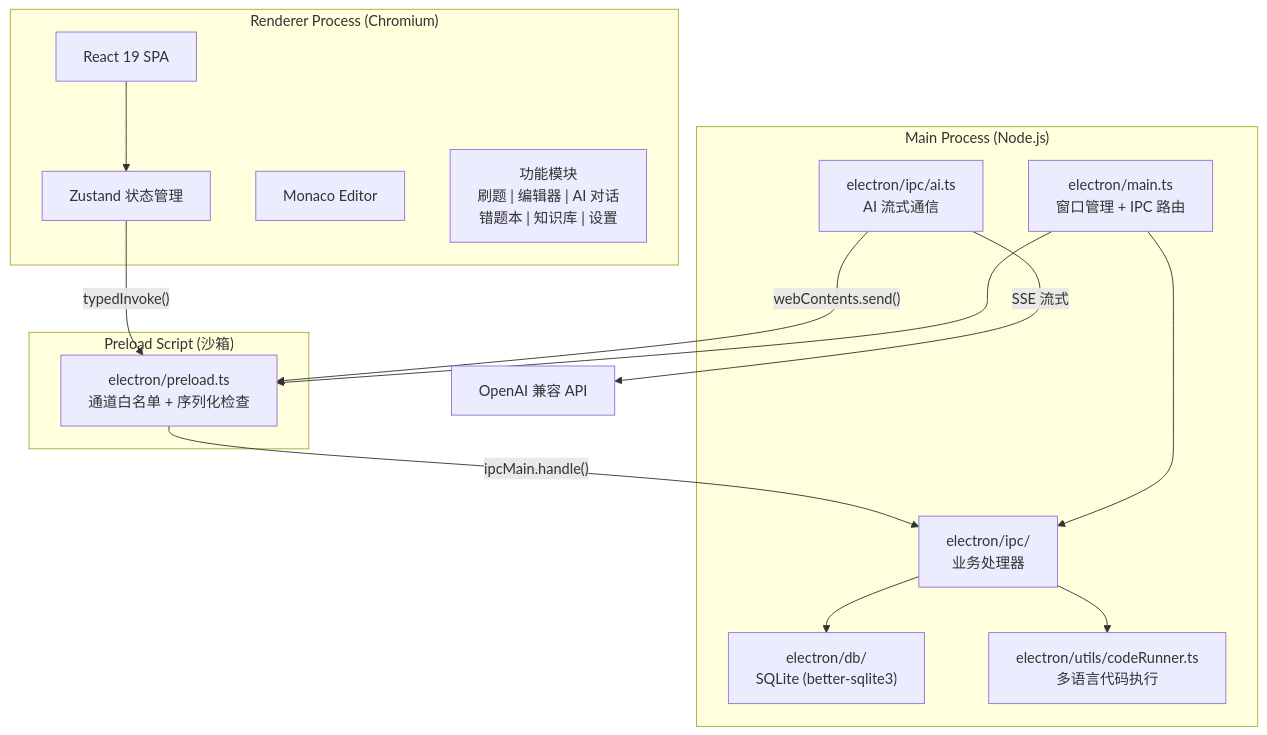
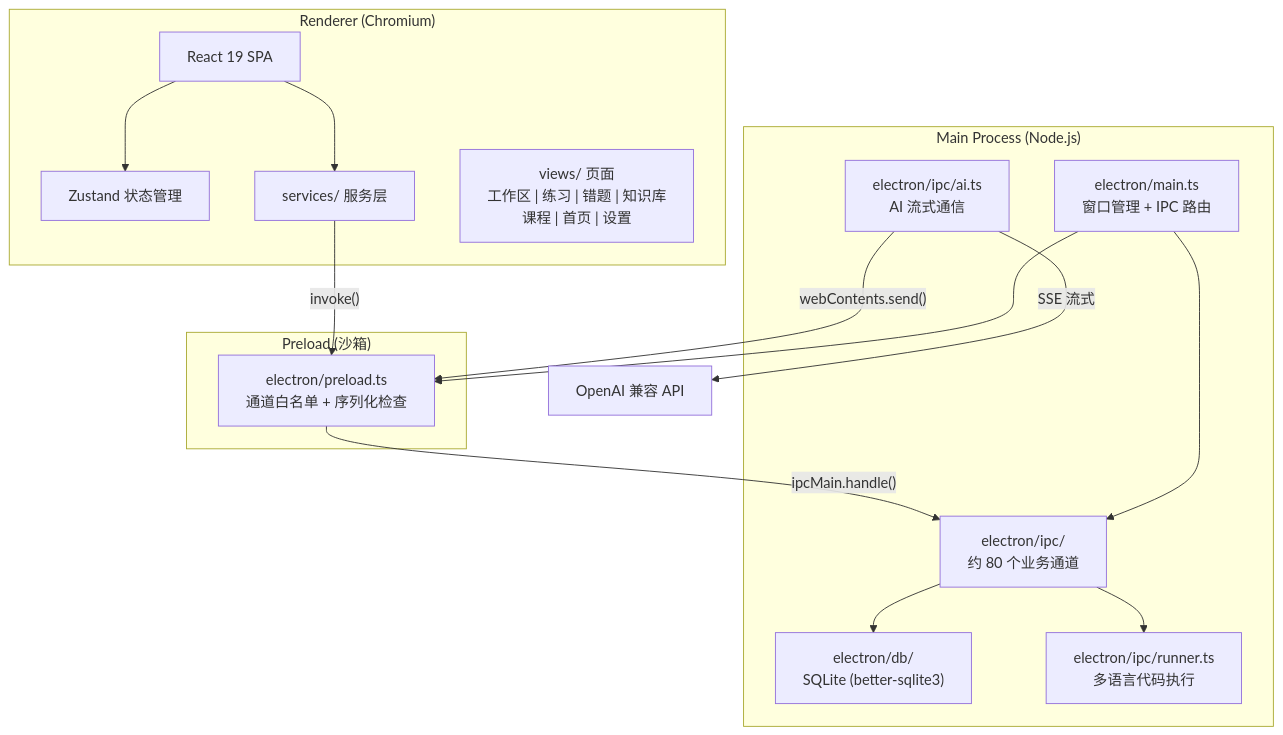
One commit to TIANWEN-cpu/CodeHelper-Studio changed the diagram in README.md. Above: the diagram before and after it, drawn with Mermaid. The commit also changed other lines of this file and 1 other file, not shown here.

````diff
--- a/README.md
+++ b/README.md
@@ -341,31 +304,32 @@
 ```mermaid
 graph TB
     subgraph "Main Process (Node.js)"
         main["electron/main.ts<br/>窗口管理 + IPC 路由"]
         db["electron/db/<br/>SQLite (better-sqlite3)"]
-        ipc["electron/ipc/<br/>业务处理器"]
-        runner["electron/utils/codeRunner.ts<br/>多语言代码执行"]
+        ipc["electron/ipc/<br/>约 80 个业务通道"]
+        runner["electron/ipc/runner.ts<br/>多语言代码执行"]
         ai["electron/ipc/ai.ts<br/>AI 流式通信"]
     end
 
-    subgraph "Preload Script (沙箱)"
+    subgraph "Preload (沙箱)"
         preload["electron/preload.ts<br/>通道白名单 + 序列化检查"]
     end
 
-    subgraph "Renderer Process (Chromium)"
+    subgraph "Renderer (Chromium)"
         react["React 19 SPA"]
-        stores["Zustand 状态管理"]
-        monaco["Monaco Editor"]
-        components["功能模块<br/>刷题 | 编辑器 | AI 对话<br/>错题本 | 知识库 | 设置"]
+        store["Zustand 状态管理"]
+        services["services/ 服务层"]
+        views["views/ 页面<br/>工作区 | 练习 | 错题 | 知识库<br/>课程 | 首页 | 设置"]
     end
 
-    react --> stores
-    stores -->|"typedInvoke()"| preload
+    react --> store
+    react --> services
+    services -->|"invoke()"| preload
     preload -->|"ipcMain.handle()"| ipc
     ipc --> db
     ipc --> runner
     ai -->|"SSE 流式"| ExternalAPI["OpenAI 兼容 API"]
     ai -->|"webContents.send()"| preload
     main --> ipc
     main --> preload
 ```
````
